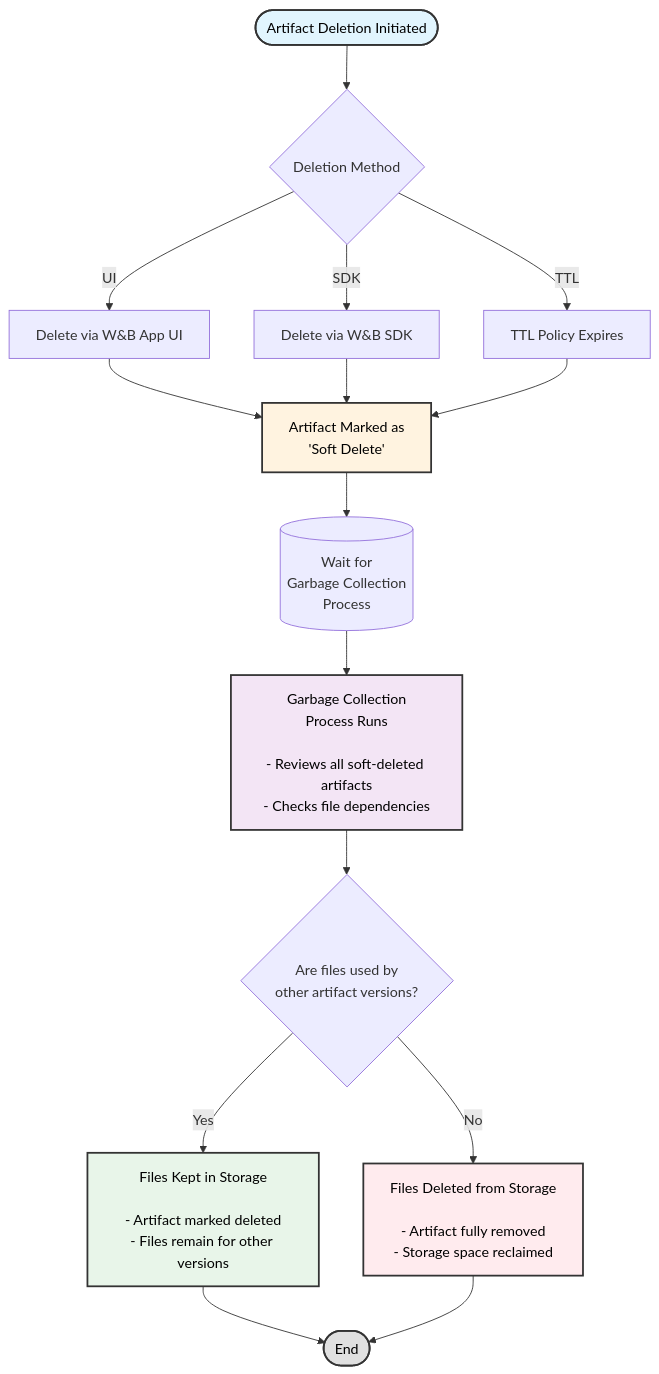
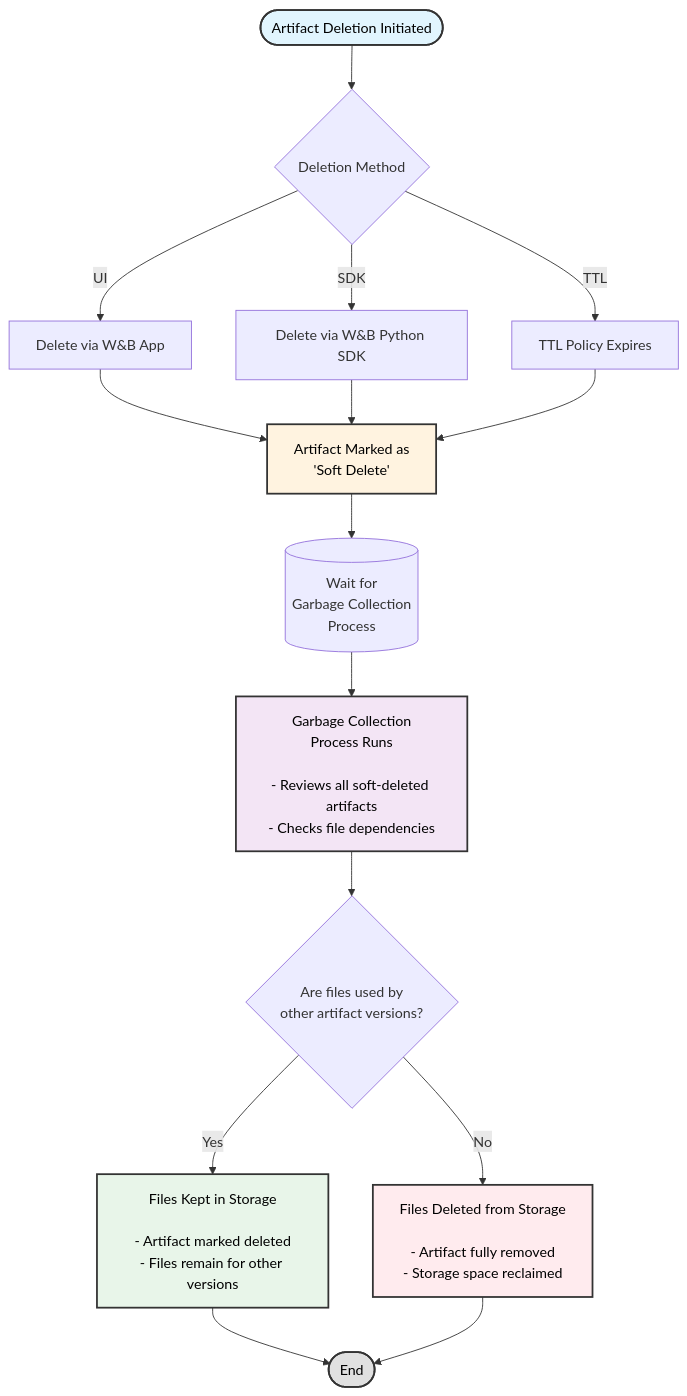
The diagram in models/artifacts/delete-artifacts.mdx (wandb/docs), drawn with Mermaid before and after one commit. The commit also changed other lines of this file, not shown here.

````diff
--- a/models/artifacts/delete-artifacts.mdx
+++ b/models/artifacts/delete-artifacts.mdx
@@ -15,31 +15,31 @@
 ```mermaid
 graph TB
     Start([Artifact Deletion Initiated]) --> DeleteMethod{Deletion Method}
     
-    DeleteMethod -->|UI| UIDelete[Delete via W&B App UI]
-    DeleteMethod -->|SDK| SDKDelete[Delete via W&B SDK]
+    DeleteMethod -->|UI| UIDelete[Delete via W&B App]
+    DeleteMethod -->|SDK| SDKDelete[Delete via W&B Python SDK]
     DeleteMethod -->|TTL| TTLDelete[TTL Policy Expires]
     
     UIDelete --> SoftDelete[Artifact Marked as<br/>'Soft Delete']
     SDKDelete --> SoftDelete
     TTLDelete --> SoftDelete
     
     SoftDelete --> GCWait[(Wait for<br/>Garbage Collection<br/>Process)]
     
     GCWait --> GCRun[Garbage Collection<br/>Process Runs<br/><br/>- Reviews all soft-deleted artifacts<br/>- Checks file dependencies]
     
     GCRun --> CheckUsage{Are files used by<br/>other artifact versions?}
     
     CheckUsage -->|Yes| KeepFiles[Files Kept in Storage<br/><br/>- Artifact marked deleted<br/>- Files remain for other versions]
     CheckUsage -->|No| DeleteFiles[Files Deleted from Storage<br/><br/>- Artifact fully removed<br/>- Storage space reclaimed]
     
     KeepFiles --> End([End])
     DeleteFiles --> End
     
     style Start fill:#e1f5fe,stroke:#333,stroke-width:2px,color:#000
     style SoftDelete fill:#fff3e0,stroke:#333,stroke-width:2px,color:#000
     style GCRun fill:#f3e5f5,stroke:#333,stroke-width:2px,color:#000
     style KeepFiles fill:#e8f5e9,stroke:#333,stroke-width:2px,color:#000
     style DeleteFiles fill:#ffebee,stroke:#333,stroke-width:2px,color:#000
     style End fill:#e0e0e0,stroke:#333,stroke-width:2px,color:#000
 ``` 
````
